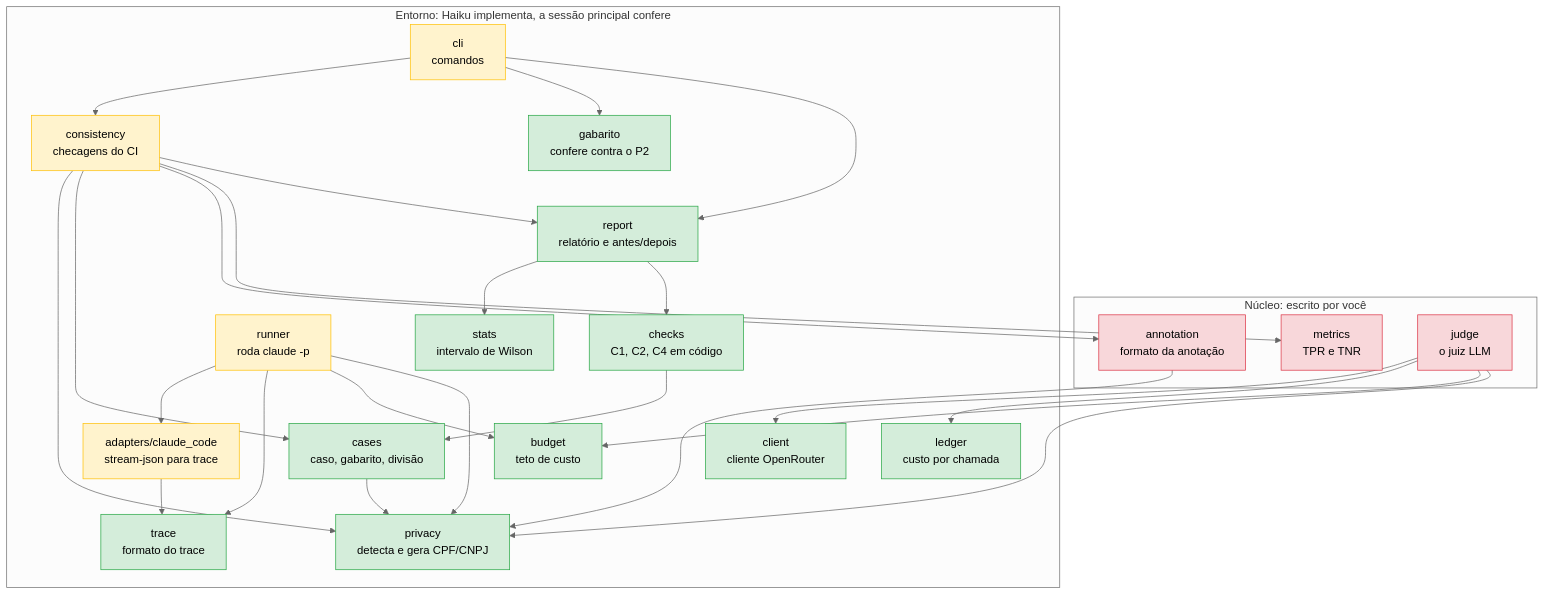
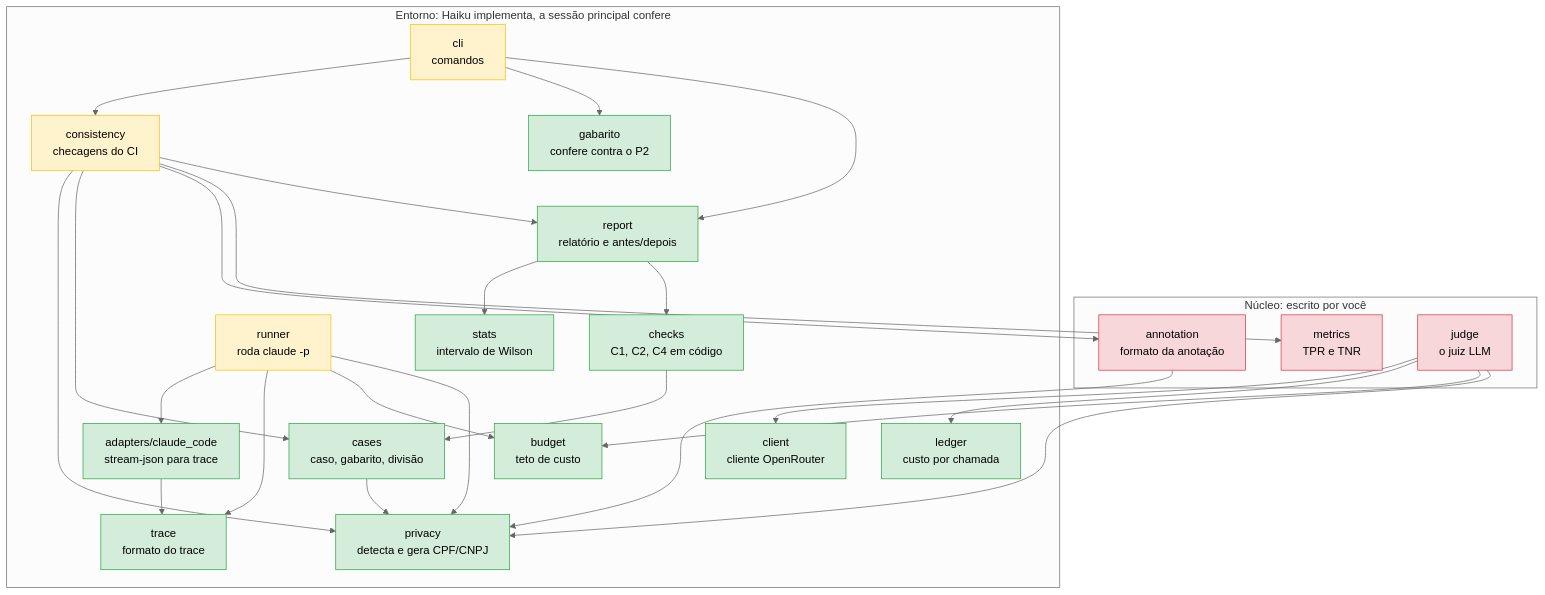
One commit to CristianonCarvalho/harness-p3-evals changed the diagram in docs/diagramas/08-modulos.md. Above: the diagram before and after it, drawn with Mermaid (neutral theme). The commit also changed 2 other files, not shown here.

Commit message:
Docs: Tarefa 12 marcada como feita no README e nos diagramas 08 e 09

````diff
--- a/docs/diagramas/08-modulos.md
+++ b/docs/diagramas/08-modulos.md
@@ -5,56 +5,56 @@
 ```mermaid
 flowchart TB
     subgraph nucleo["Núcleo: escrito por você"]
         annotation["annotation<br/>formato da anotação"]
         metrics["metrics<br/>TPR e TNR"]
         judge["judge<br/>o juiz LLM"]
     end
 
     subgraph entorno["Entorno: Haiku implementa, a sessão principal confere"]
         privacy["privacy<br/>detecta e gera CPF/CNPJ"]
         trace["trace<br/>formato do trace"]
         cases["cases<br/>caso, gabarito, divisão"]
         checks["checks<br/>C1, C2, C4 em código"]
         stats["stats<br/>intervalo de Wilson"]
         gabarito["gabarito<br/>confere contra o P2"]
         budget["budget<br/>teto de custo"]
         client["client<br/>cliente OpenRouter"]
         ledger["ledger<br/>custo por chamada"]
         report["report<br/>relatório e antes/depois"]
         adapter["adapters/claude_code<br/>stream-json para trace"]
         runner["runner<br/>roda claude -p"]
         consistency["consistency<br/>checagens do CI"]
         cli["cli<br/>comandos"]
     end
 
     cases --> privacy
     checks --> cases
     report --> stats
     report --> checks
     annotation --> privacy
     judge --> client
     judge --> ledger
     judge --> budget
     judge --> privacy
     adapter --> trace
     runner --> adapter
     runner --> trace
     runner --> budget
     runner --> privacy
     consistency --> privacy
     consistency --> cases
     consistency --> annotation
     consistency --> metrics
     consistency --> report
     cli --> consistency
     cli --> gabarito
     cli --> report
 
     classDef feito fill:#d4edda,stroke:#28a745,color:#000
     classDef falta fill:#fff3cd,stroke:#ffc107,color:#000
     classDef seu fill:#f8d7da,stroke:#dc3545,color:#000
 
-    class privacy,trace,cases,checks,stats,gabarito,budget,client,ledger,report feito
-    class adapter,runner,consistency,cli falta
+    class privacy,trace,cases,checks,stats,gabarito,budget,client,ledger,report,adapter feito
+    class runner,consistency,cli falta
     class annotation,metrics,judge seu
 ```
````
